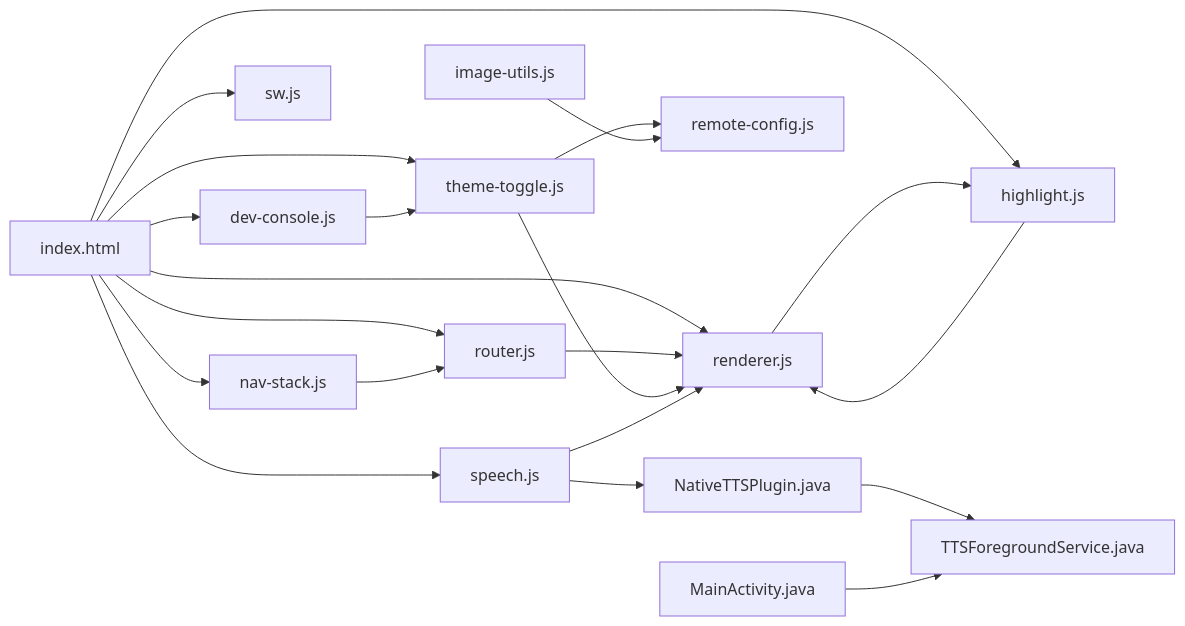
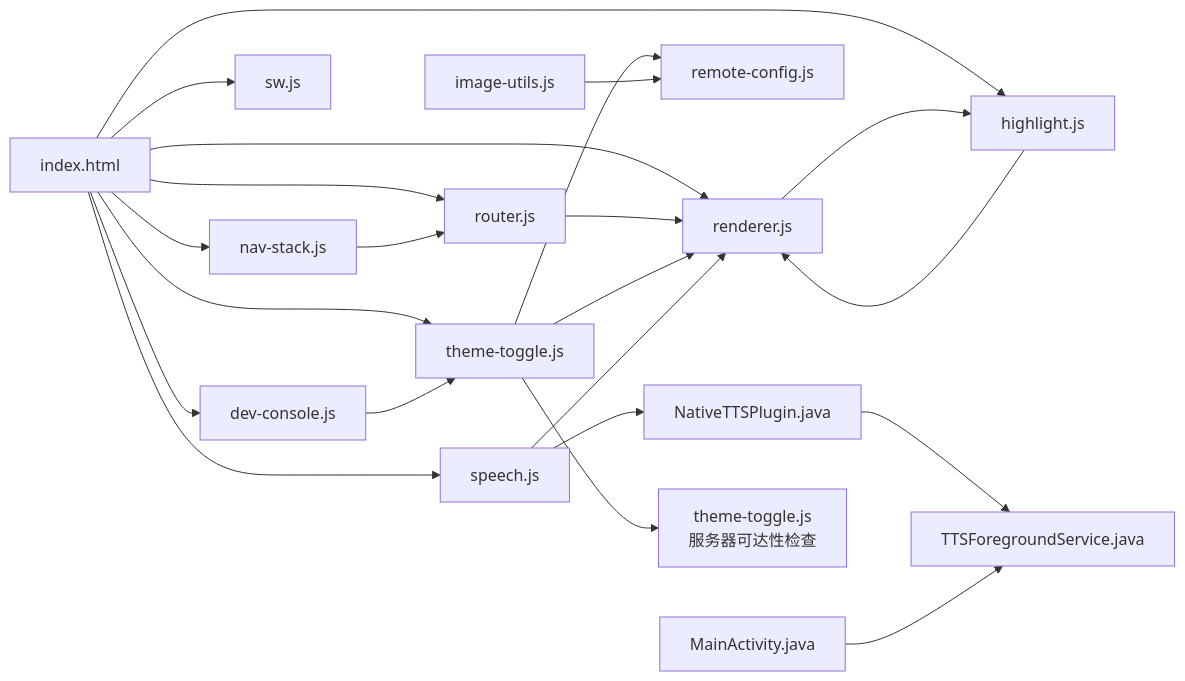
Before and after one commit to zhao-zg/cx: diagram 14 of 14 in .qoder/repowiki/zh/content/高级功能/前端功能.md, drawn with Mermaid. The commit also changed other lines of this file and 30 other files, not shown here.

````diff
--- a/.qoder/repowiki/zh/content/高级功能/前端功能.md
+++ b/.qoder/repowiki/zh/content/高级功能/前端功能.md
@@ -648,23 +705,24 @@
 ```mermaid
 graph LR
 IDX["index.html"] --> R["router.js"]
 IDX --> RN["renderer.js"]
 IDX --> ST["theme-toggle.js"]
 IDX --> SP["speech.js"]
 IDX --> HL["highlight.js"]
 IDX --> NS["nav-stack.js"]
 IDX --> SW["sw.js"]
 IDX --> DC["dev-console.js"]
 R --> RN
 ST --> RN
 SP --> RN
 HL --> RN
 NS --> R
 ST --> RC["remote-config.js"]
 IU["image-utils.js"] --> RC
 SP --> NTP["NativeTTSPlugin.java"]
 NTP --> TFS["TTSForegroundService.java"]
 MA["MainActivity.java"] --> TFS
 DC --> ST
 RN --> HL
+ST --> ST2["theme-toggle.js<br/>服务器可达性检查"]
 ```
````
